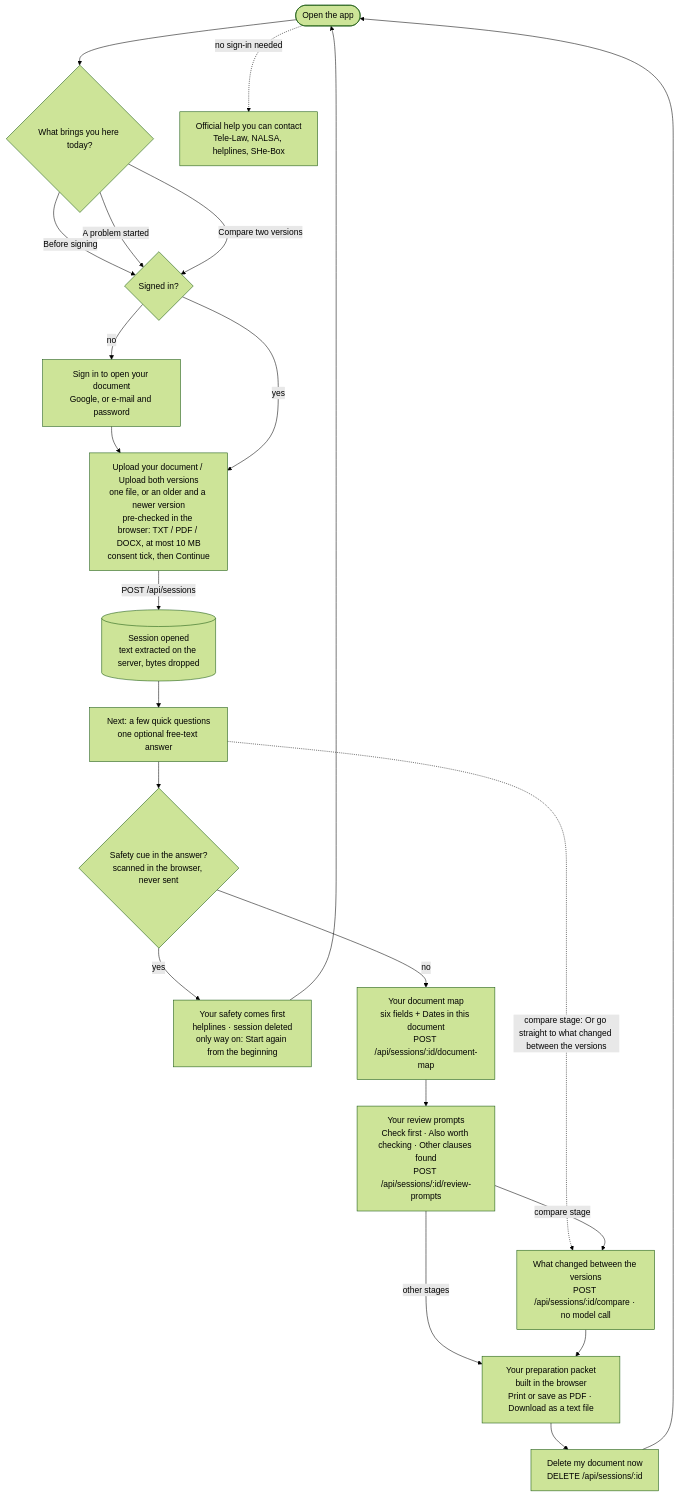
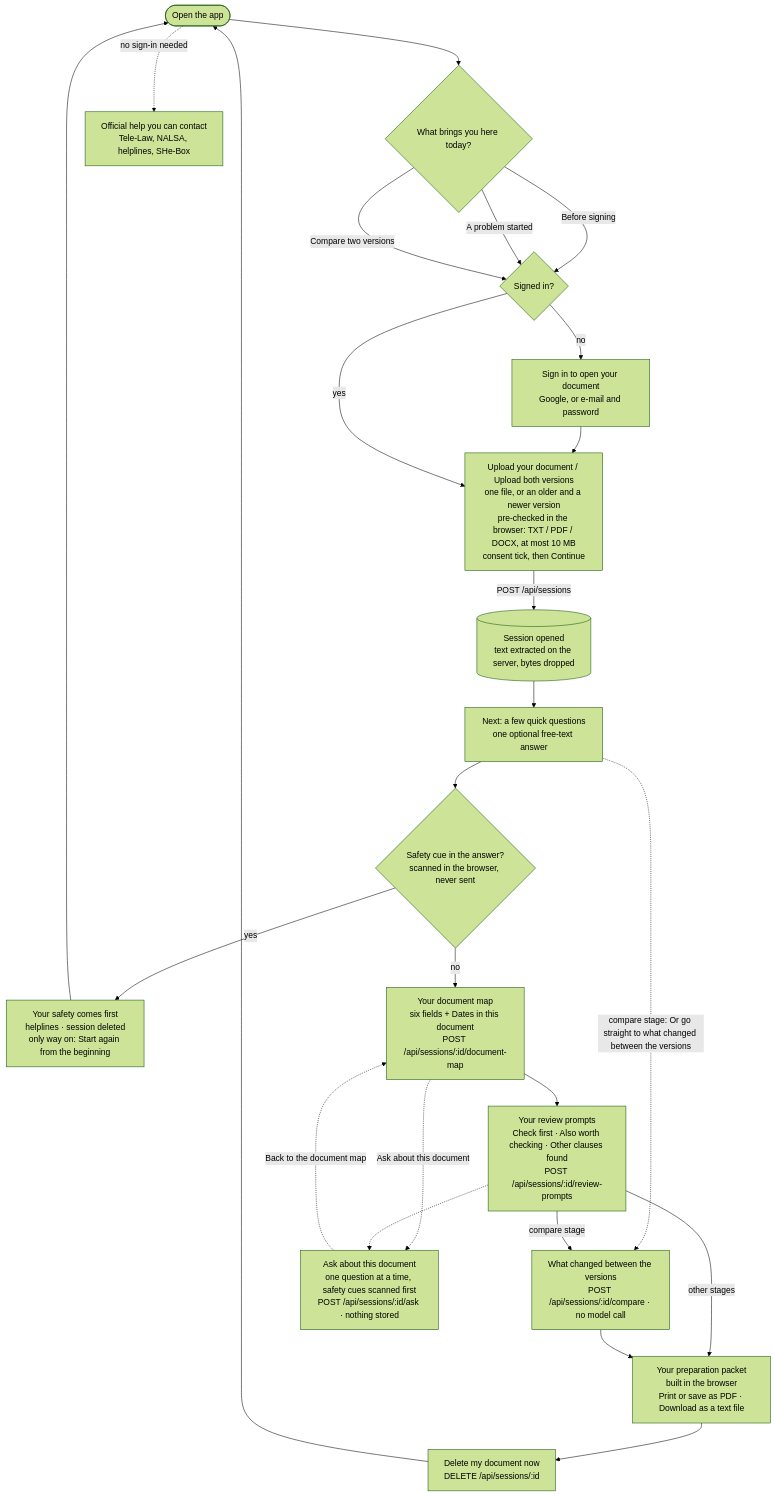
The third of 7 diagrams in README.md (adityarajgupta154/ClauseCompass), drawn with Mermaid (forest theme) before and after one commit. The commit also changed other lines of this file and 50 other files, not shown here.

First line of the commit message:
Answer one question about the document from its own paragraphs

````diff
--- a/README.md
+++ b/README.md
@@ -300,23 +312,26 @@
 ```mermaid
 flowchart TD
   start([Open the app]) --> stage{"What brings you here today?"}
   stage -->|"Before signing"| gate
   stage -->|"A problem started"| gate
   stage -->|"Compare two versions"| gate
   start -.->|"no sign-in needed"| help["Official help you can contact<br/>Tele-Law, NALSA, helplines, SHe-Box"]
   gate{"Signed in?"} -->|no| signin["Sign in to open your document<br/>Google, or e-mail and password"] --> upload
   gate -->|yes| upload["Upload your document / Upload both versions<br/>one file, or an older and a newer version<br/>pre-checked in the browser: TXT / PDF / DOCX, at most 10 MB<br/>consent tick, then Continue"]
   upload -->|"POST /api/sessions"| session[("Session opened<br/>text extracted on the server, bytes dropped")]
   session --> interview["Next: a few quick questions<br/>one optional free-text answer"]
   interview --> scan{"Safety cue in the answer?<br/>scanned in the browser, never sent"}
   scan -->|yes| safety["Your safety comes first<br/>helplines · session deleted<br/>only way on: Start again from the beginning"]
   safety --> start
   scan -->|no| map["Your document map<br/>six fields + Dates in this document<br/>POST /api/sessions/:id/document-map"]
   interview -.->|"compare stage: Or go straight to what changed between the versions"| compare
   map --> review["Your review prompts<br/>Check first · Also worth checking · Other clauses found<br/>POST /api/sessions/:id/review-prompts"]
+  map -.->|"Ask about this document"| ask["Ask about this document<br/>one question at a time, safety cues scanned first<br/>POST /api/sessions/:id/ask · nothing stored"]
+  review -.-> ask
+  ask -.->|"Back to the document map"| map
   review -->|"compare stage"| compare["What changed between the versions<br/>POST /api/sessions/:id/compare · no model call"]
   review -->|"other stages"| packet
   compare --> packet["Your preparation packet<br/>built in the browser<br/>Print or save as PDF · Download as a text file"]
   packet --> delete["Delete my document now<br/>DELETE /api/sessions/:id"]
   delete --> start
 ```
````
